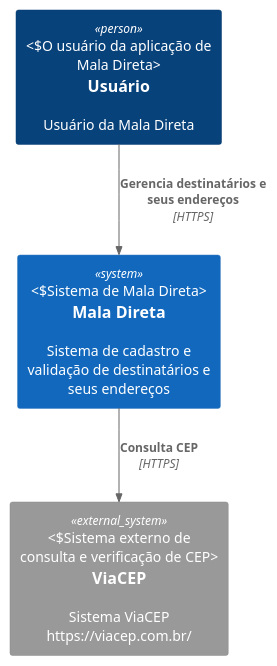
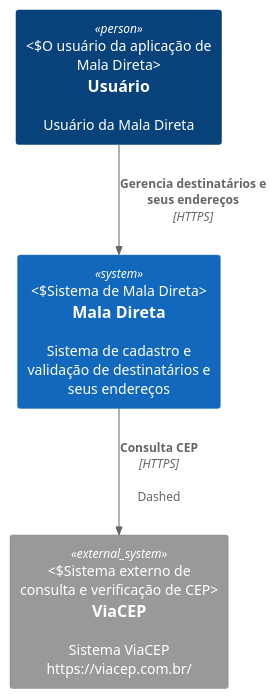
Before and after one commit to samorysundjata/MalaDiretaCSharp: the diagram in docs/C4/Context.puml, drawn with PlantUML. The commit also changed 13 other files, not shown here.

```diff
--- a/docs/C4/Context.puml
+++ b/docs/C4/Context.puml
@@ -1,12 +1,12 @@
 @startuml MalaDireta-Context
 !includeurl https://raw.githubusercontent.com/plantuml-stdlib/C4-PlantUML/master/C4_Context.puml
 
 
 Person(admin, "Usuário", "Usuário da Mala Direta", "O usuário da aplicação de Mala Direta")
 System(maladireta, "Mala Direta", "Sistema de cadastro e validação de destinatários e seus endereços", "Sistema de Mala Direta")
 System_Ext(viacep, "ViaCEP", "Sistema ViaCEP https://viacep.com.br/", "Sistema externo de consulta e verificação de CEP")
 
 Rel(admin, maladireta, "Gerencia destinatários e seus endereços", "HTTPS")
-Rel(maladireta, viacep, "Consulta CEP", "HTTPS")
+Rel(maladireta, viacep, "Consulta CEP", "HTTPS", "Dashed")
 
 @enduml
```
